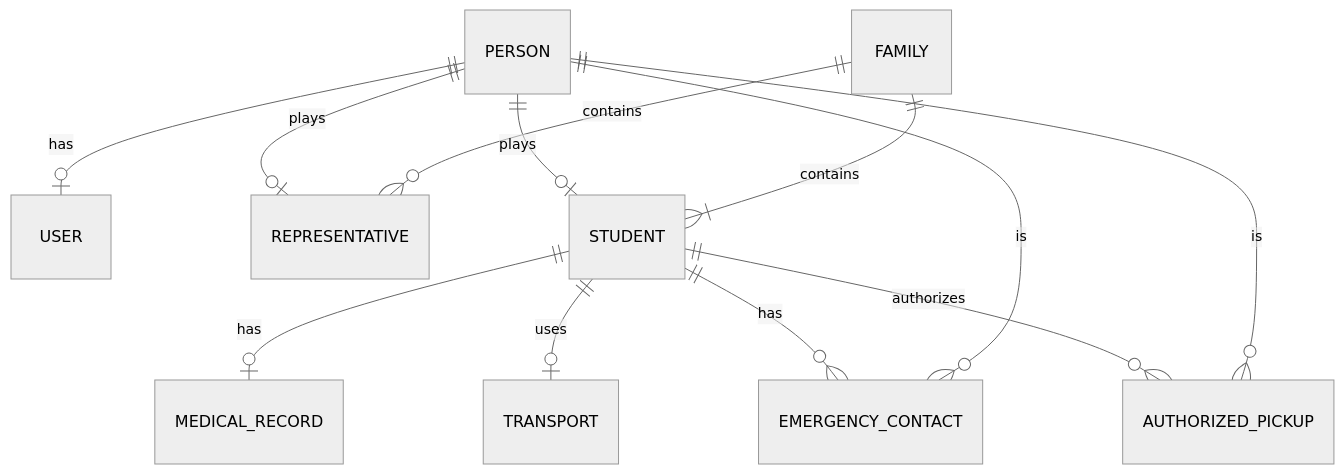
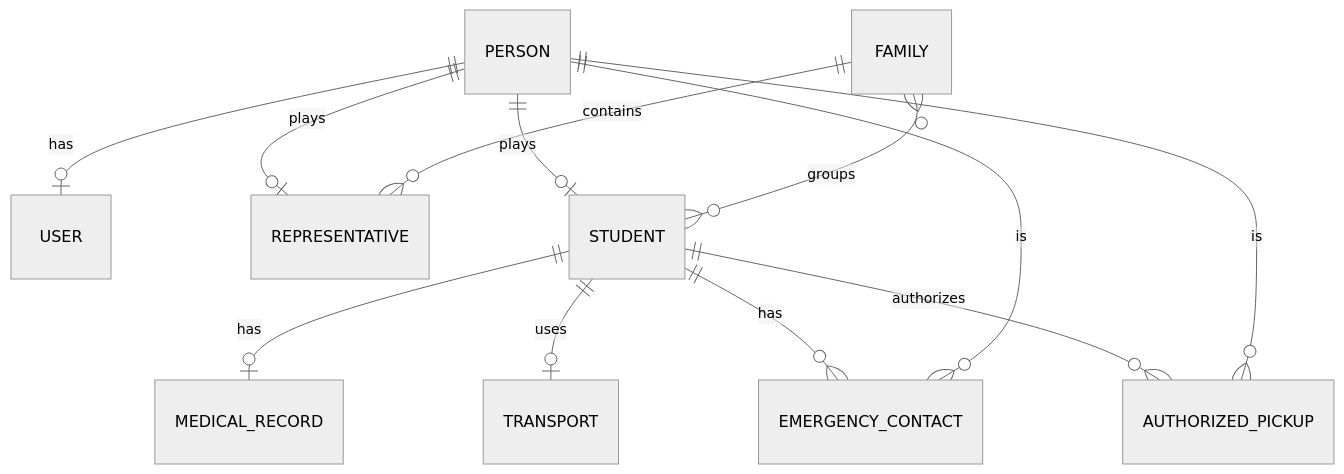
The first of 5 diagrams in .ai/ERD.md (patoz1977/antares-sis), drawn with Mermaid (neutral theme) before and after one commit. The commit also changed other lines of this file and 15 other files, not shown here.

````diff
--- a/.ai/ERD.md
+++ b/.ai/ERD.md
@@ -158,52 +158,52 @@
 ```mermaid
 erDiagram
 
     PERSON {
     }
 
     USER {
     }
 
     REPRESENTATIVE {
     }
 
     STUDENT {
     }
 
     FAMILY {
     }
 
     MEDICAL_RECORD {
     }
 
     TRANSPORT {
     }
 
     EMERGENCY_CONTACT {
     }
 
     AUTHORIZED_PICKUP {
     }
 
     PERSON ||--o| USER : has
 
     PERSON ||--o| REPRESENTATIVE : plays
 
     PERSON ||--o| STUDENT : plays
 
     FAMILY ||--o{ REPRESENTATIVE : contains
 
-    FAMILY ||--|{ STUDENT : contains
+    FAMILY }o--o{ STUDENT : groups
 
     STUDENT ||--o| MEDICAL_RECORD : has
 
     STUDENT ||--o| TRANSPORT : uses
 
     STUDENT ||--o{ EMERGENCY_CONTACT : has
 
     STUDENT ||--o{ AUTHORIZED_PICKUP : authorizes
 
     PERSON ||--o{ EMERGENCY_CONTACT : is
 
     PERSON ||--o{ AUTHORIZED_PICKUP : is
 ```
````
